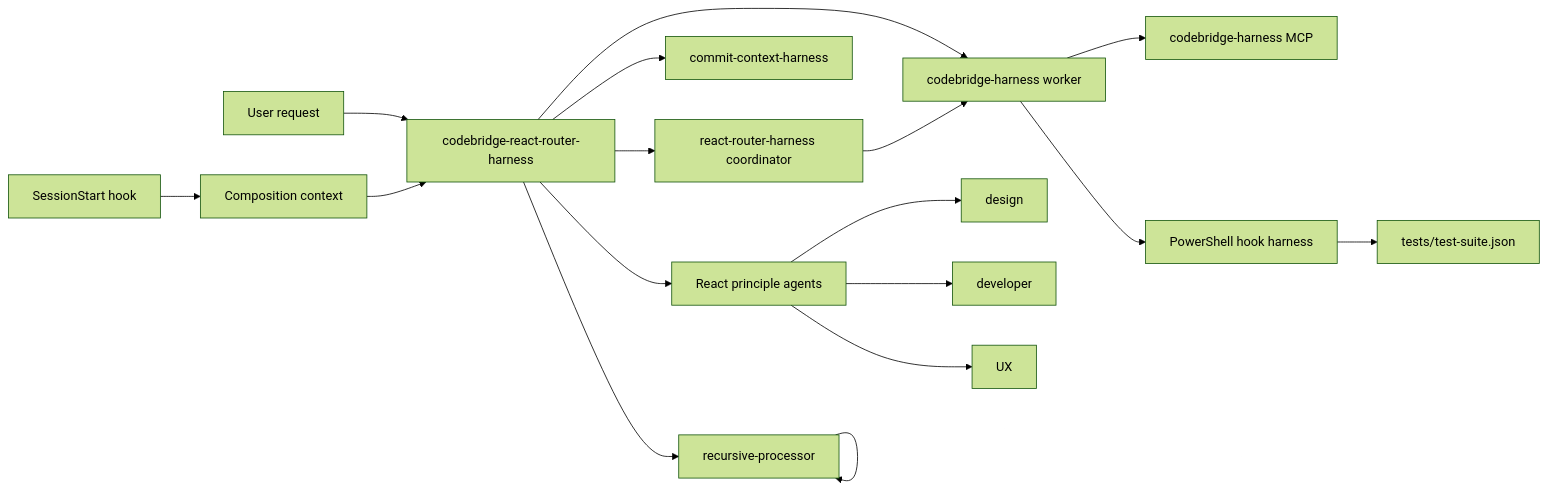
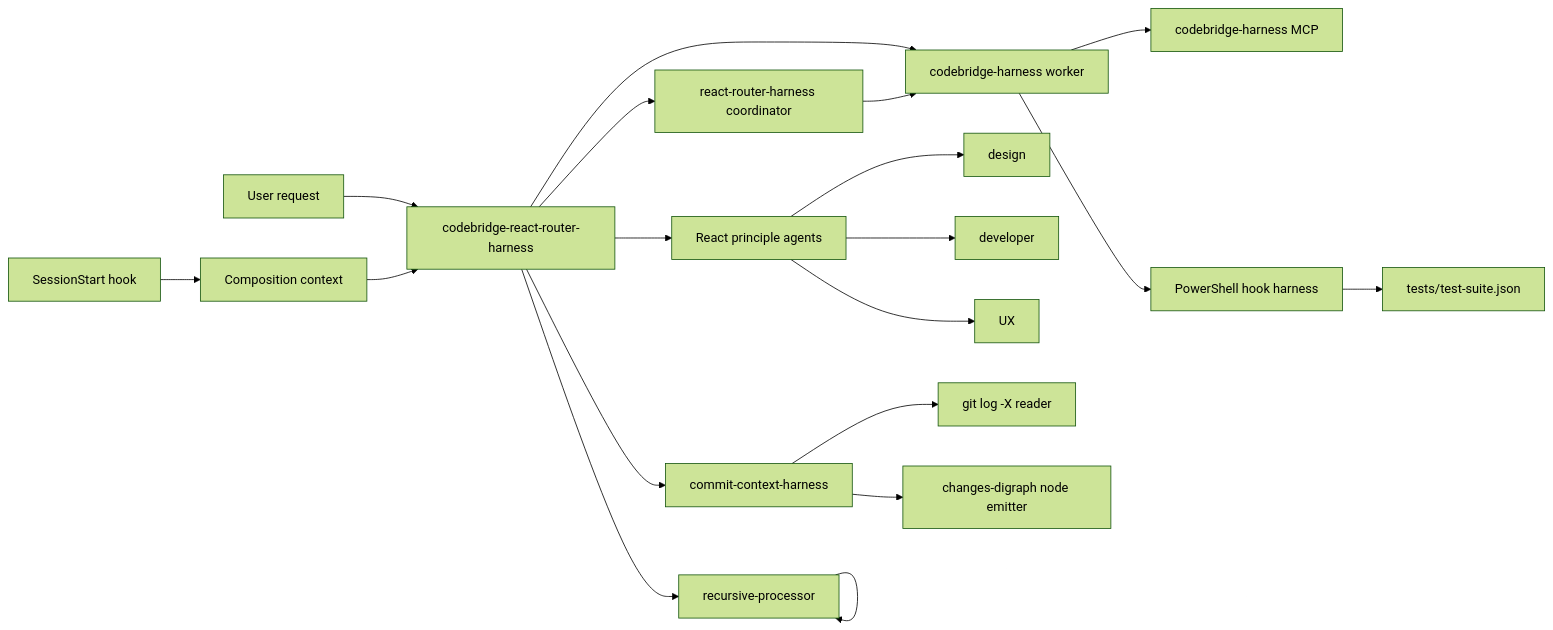
Before and after one commit to MuraraAllan/codebridge-harness: the diagram in README.md, drawn with Mermaid (forest theme). The commit also changed other lines of this file and 6 other files, not shown here.

````diff
--- a/README.md
+++ b/README.md
@@ -7,22 +7,25 @@
 ```mermaid
 flowchart LR
     U[User request] --> A[codebridge-react-router-harness]
     A --> R[react-router-harness coordinator]
     A --> H[codebridge-harness worker]
     A --> CM[commit-context-harness]
     A --> P[React principle agents]
     A --> X[recursive-processor]
     X --> X
 
     P --> D[design]
     P --> V[developer]
     P --> UX[UX]
 
+    CM --> GL[git log -X reader]
+    CM --> CD[changes-digraph node emitter]
+
     R --> H
     H --> M[codebridge-harness MCP]
     H --> T[PowerShell hook harness]
 
     S[SessionStart hook] --> C[Composition context]
     C --> A
     T --> Q[tests/test-suite.json]
 ```
````
